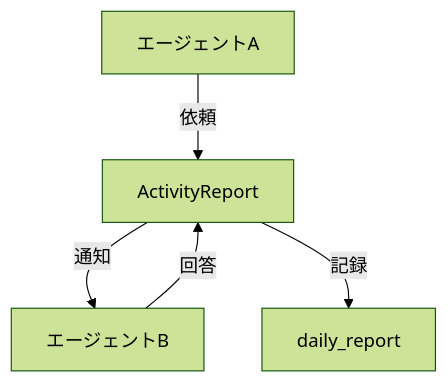
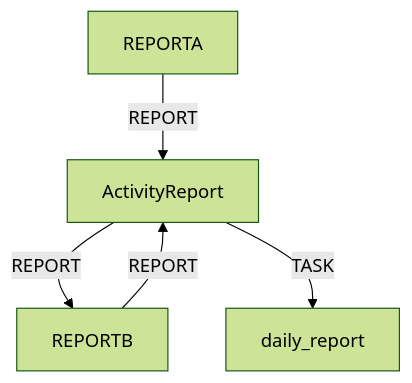
Before and after one commit to tfuruta1/specification_driven_system_development_by_claude_code: the second of 2 diagrams in .claude/system/activity_report_manager.md, drawn with Mermaid (forest theme). The commit also changed other lines of this file and 437 other files, not shown here.

````diff
--- a/.claude/system/activity_report_manager.md
+++ b/.claude/system/activity_report_manager.md
@@ -18,7 +18,7 @@
 ```mermaid
 graph TB
-    A[エージェントA] -->|依頼| B[ActivityReport]
-    B -->|通知| C[エージェントB]
-    C -->|回答| B
-    B -->|記録| D[daily_report]
+    A[REPORTA] -->|REPORT| B[ActivityReport]
+    B -->|REPORT| C[REPORTB]
+    C -->|REPORT| B
+    B -->|TASK| D[daily_report]
 ```
````
